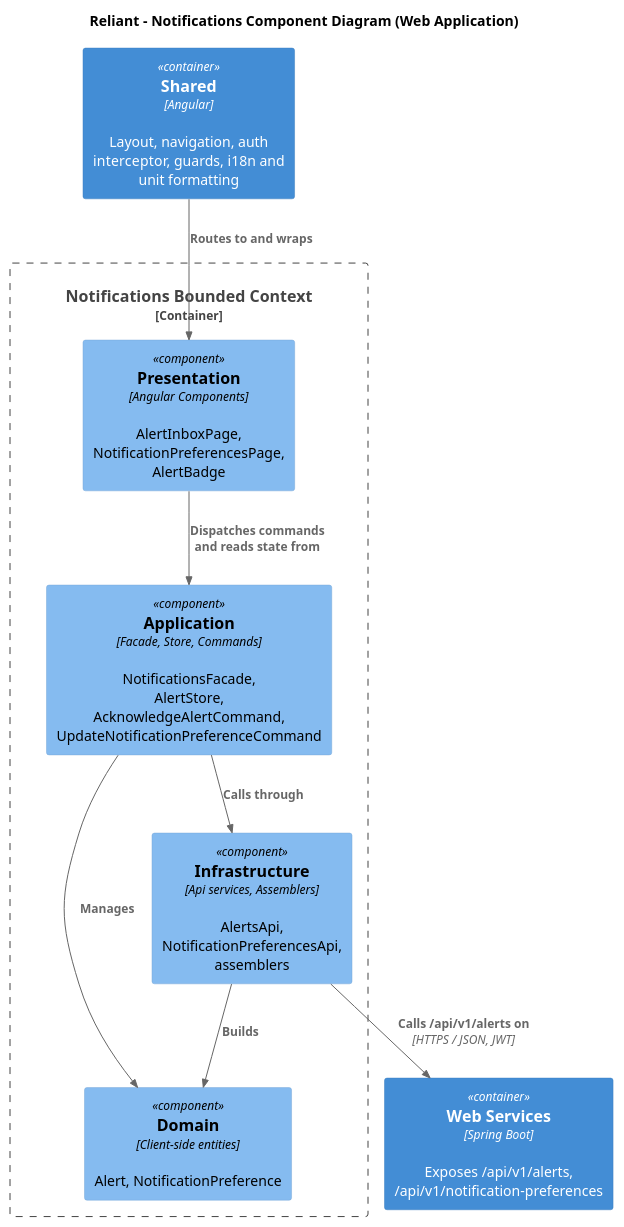
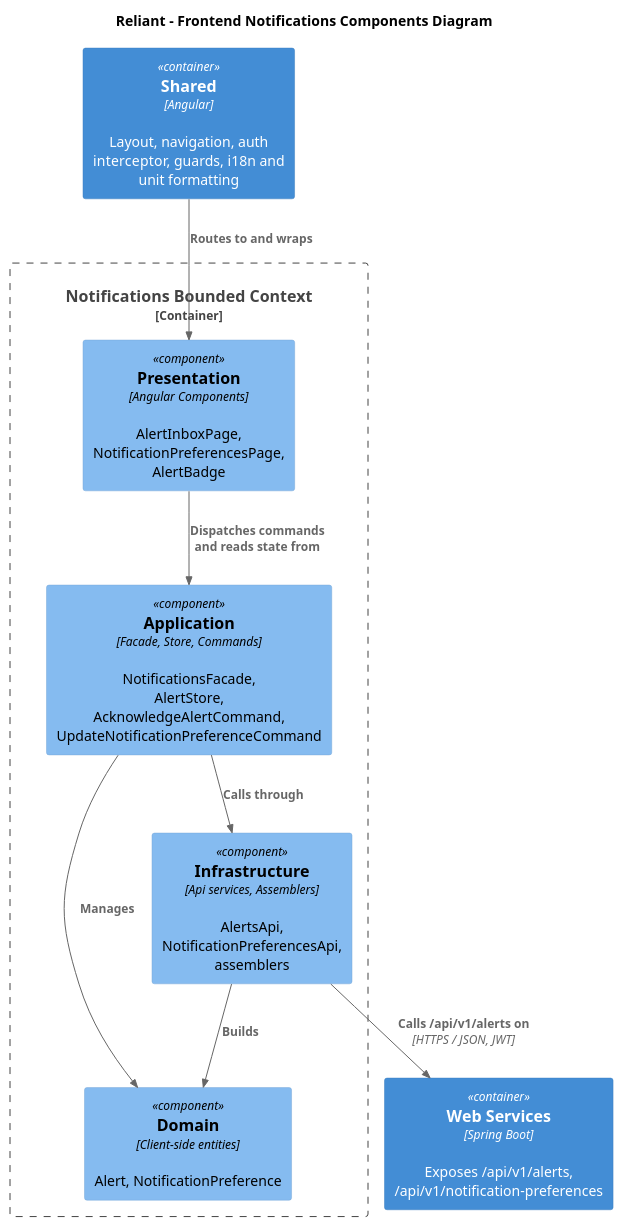
The diagram in assets/scripts/chapter-iv/component-diagrams/reliant-c4-components-notifications-web-application.puml (upc-pre-202620-1asi0729-7753-innovacorp/reliant-report), drawn with PlantUML before and after one commit. The commit also changed 61 other files, not shown here.

```diff
--- a/assets/scripts/chapter-iv/component-diagrams/reliant-c4-components-notifications-web-application.puml
+++ b/assets/scripts/chapter-iv/component-diagrams/reliant-c4-components-notifications-web-application.puml
@@ -1,22 +1,22 @@
 @startuml "Components-Notifications-Frontend"
 !includeurl https://raw.githubusercontent.com/plantuml-stdlib/C4-PlantUML/master/C4_Component.puml
 
-title Reliant - Notifications Component Diagram (Web Application)
+title Reliant - Frontend Notifications Components Diagram
 
 Container(api, "Web Services", "Spring Boot", "Exposes /api/v1/alerts, /api/v1/notification-preferences")
 Container(shared, "Shared", "Angular", "Layout, navigation, auth interceptor, guards, i18n and unit formatting")
 
 Container_Boundary(bc, "Notifications Bounded Context") {
     Component(presentation, "Presentation", "Angular Components", "AlertInboxPage, NotificationPreferencesPage, AlertBadge")
     Component(application, "Application", "Facade, Store, Commands", "NotificationsFacade, AlertStore, AcknowledgeAlertCommand, UpdateNotificationPreferenceCommand")
     Component(domain, "Domain", "Client-side entities", "Alert, NotificationPreference")
     Component(infrastructure, "Infrastructure", "Api services, Assemblers", "AlertsApi, NotificationPreferencesApi, assemblers")
 }
 
 Rel(shared, presentation, "Routes to and wraps")
 Rel(presentation, application, "Dispatches commands and reads state from")
 Rel(application, domain, "Manages")
 Rel(application, infrastructure, "Calls through")
 Rel(infrastructure, domain, "Builds")
 Rel(infrastructure, api, "Calls /api/v1/alerts on", "HTTPS / JSON, JWT")
 @enduml
```
